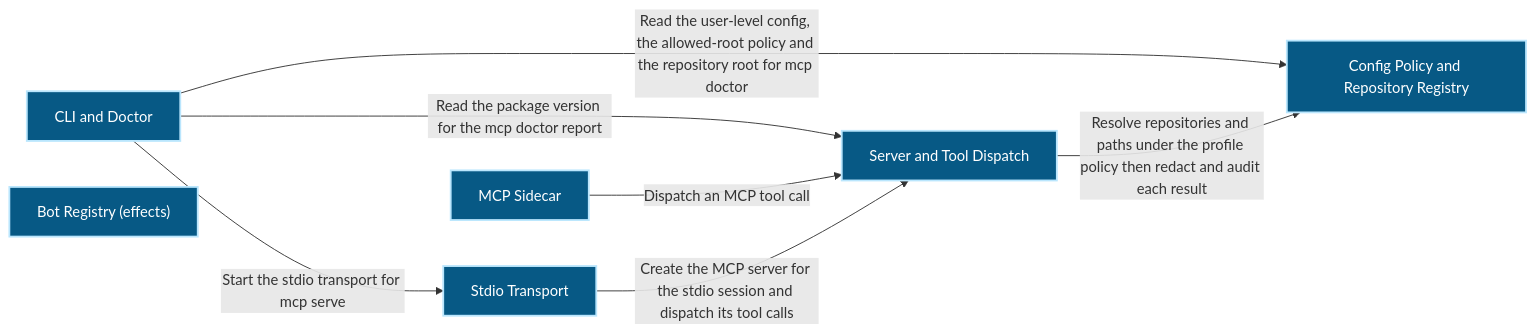
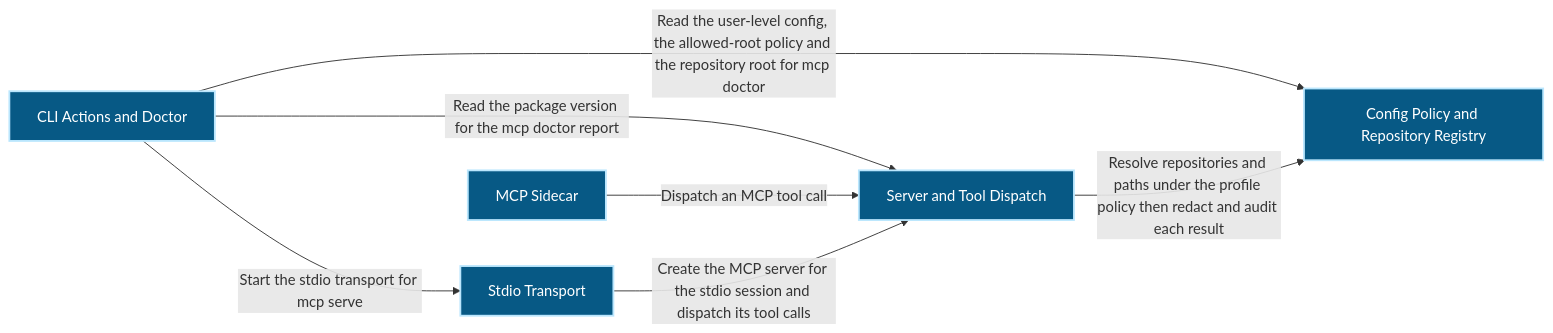
One commit to Ancienttwo/repo-harness changed the first of 3 diagrams in docs/architecture/modules/runtime-harness/mcp-sidecar.md. Above: the diagram before and after it, drawn with Mermaid. The commit also changed other lines of this file and 19 other files, not shown here.

First line of the commit message:
chore(projection): refresh generated architecture outputs for main@5a92c31ccf98

````diff
--- a/docs/architecture/modules/runtime-harness/mcp-sidecar.md
+++ b/docs/architecture/modules/runtime-harness/mcp-sidecar.md
@@ -15,19 +15,18 @@
 ```mermaid
 flowchart LR
   p1_capability_runtime_harness_mcp_sidecar_4e12aaf3["MCP Sidecar"]:::component
-  p1_component_mcp_sidecar_host_setup_a05a1958["CLI and Doctor"]:::component
+  p1_component_mcp_sidecar_host_setup_a05a1958["CLI Actions and Doctor"]:::component
   p1_component_mcp_sidecar_primary_8f9b418c["Server and Tool Dispatch"]:::component
   p1_component_mcp_sidecar_repo_policy_registry_40f1ea26["Config Policy and Repository Registry"]:::component
-  p1_component_mcp_sidecar_repo_policy_registry_effects_6c93657b["Bot Registry (effects)"]:::component
   p1_component_mcp_sidecar_transport_auth_2511e63e["Stdio Transport"]:::component
   p1_component_mcp_sidecar_host_setup_a05a1958 -->|"Read the package version for the mcp doctor report"| p1_component_mcp_sidecar_primary_8f9b418c
   p1_component_mcp_sidecar_host_setup_a05a1958 -->|"Read the user-level config#44; the allowed-root policy and the repository root for mcp doctor"| p1_component_mcp_sidecar_repo_policy_registry_40f1ea26
   p1_component_mcp_sidecar_host_setup_a05a1958 -->|"Start the stdio transport for mcp serve"| p1_component_mcp_sidecar_transport_auth_2511e63e
   p1_capability_runtime_harness_mcp_sidecar_4e12aaf3 -->|"Dispatch an MCP tool call"| p1_component_mcp_sidecar_primary_8f9b418c
   p1_component_mcp_sidecar_primary_8f9b418c -->|"Resolve repositories and paths under the profile policy then redact and audit each result"| p1_component_mcp_sidecar_repo_policy_registry_40f1ea26
   p1_component_mcp_sidecar_transport_auth_2511e63e -->|"Create the MCP server for the stdio session and dispatch its tool calls"| p1_component_mcp_sidecar_primary_8f9b418c
   classDef actor fill:#111827,color:#ffffff,stroke:#f9fafb,stroke-width:2px
   classDef component fill:#075985,color:#ffffff,stroke:#bae6fd,stroke-width:2px
   classDef datastore fill:#3f6212,color:#ffffff,stroke:#d9f99d,stroke-width:2px
   classDef external fill:#7c2d12,color:#ffffff,stroke:#fed7aa,stroke-width:2px
 ```
````
